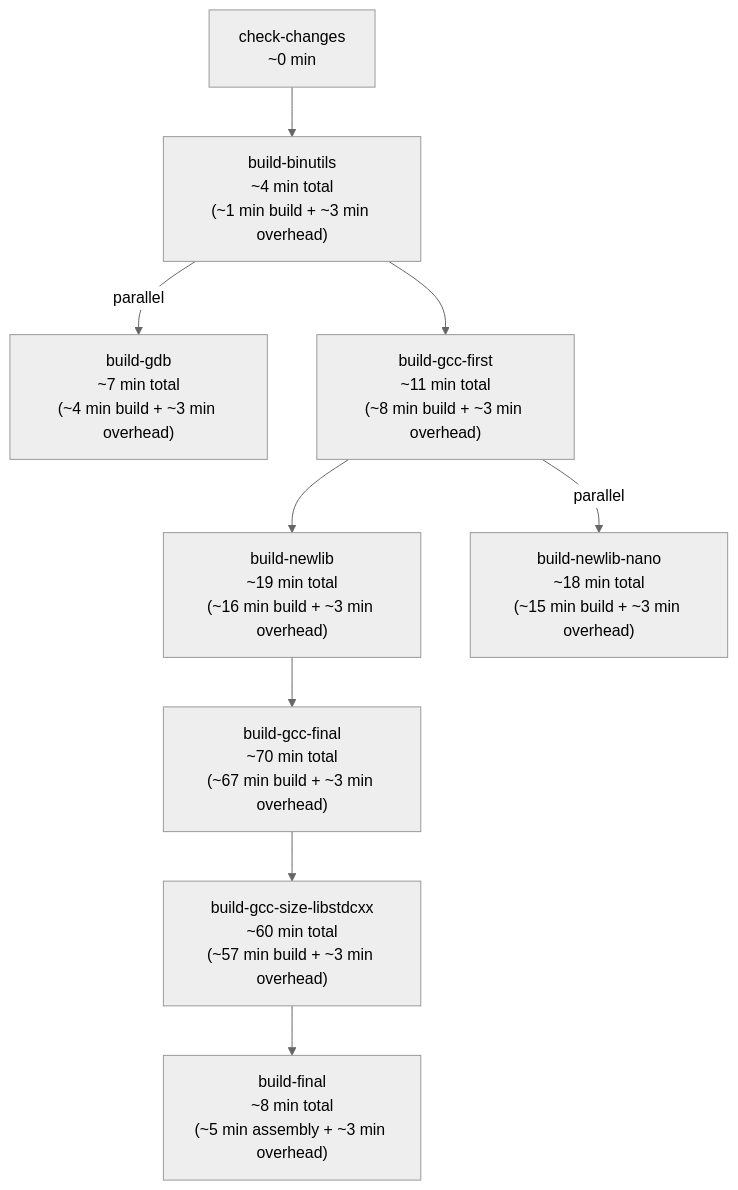
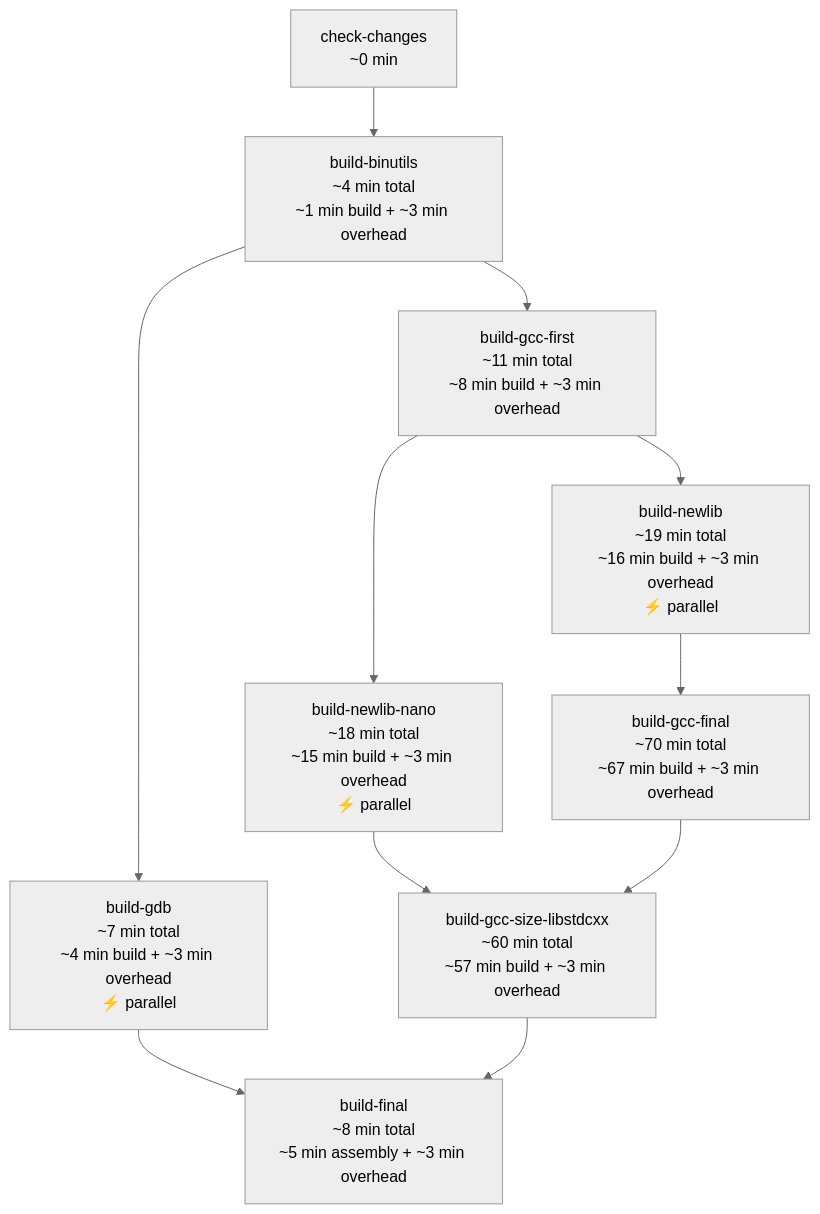
Before and after one commit to grahame-org/gnu-tools-for-stm32: the diagram in docs/build-times.md, drawn with Mermaid (neutral theme). The commit also changed other lines of this file, not shown here.

Commit message:
docs: update build-times.md with Mermaid diagram and latest timing data (#318)

````diff
--- a/docs/build-times.md
+++ b/docs/build-times.md
@@ -62,21 +71,14 @@
 ```mermaid
 flowchart TD
-    CC["check-changes<br>~0 min"]
-    BB["build-binutils<br>~4 min total<br>(~1 min build + ~3 min overhead)"]
-    GDB["build-gdb<br>~7 min total<br>(~4 min build + ~3 min overhead)"]
-    GF["build-gcc-first<br>~11 min total<br>(~8 min build + ~3 min overhead)"]
-    NL["build-newlib<br>~19 min total<br>(~16 min build + ~3 min overhead)"]
-    NLN["build-newlib-nano<br>~18 min total<br>(~15 min build + ~3 min overhead)"]
-    GFF["build-gcc-final<br>~70 min total<br>(~67 min build + ~3 min overhead)"]
-    GSSL["build-gcc-size-libstdcxx<br>~60 min total<br>(~57 min build + ~3 min overhead)"]
-    BF["build-final<br>~8 min total<br>(~5 min assembly + ~3 min overhead)"]
-
-    CC --> BB
-    BB -- "parallel" --> GDB
+    CC[check-changes<br/>~0 min] --> BB
+    BB[build-binutils<br/>~4 min total<br/>~1 min build + ~3 min overhead] --> GDB
     BB --> GF
-    GF --> NL
-    GF -- "parallel" --> NLN
-    NL --> GFF
-    GFF --> GSSL
-    GSSL --> BF
+    GDB[build-gdb<br/>~7 min total<br/>~4 min build + ~3 min overhead<br/>⚡ parallel] --> BF
+    GF[build-gcc-first<br/>~11 min total<br/>~8 min build + ~3 min overhead] --> NL
+    GF --> NLN
+    NL[build-newlib<br/>~19 min total<br/>~16 min build + ~3 min overhead<br/>⚡ parallel] --> GCCF
+    NLN[build-newlib-nano<br/>~18 min total<br/>~15 min build + ~3 min overhead<br/>⚡ parallel] --> GCCS
+    GCCF[build-gcc-final<br/>~70 min total<br/>~67 min build + ~3 min overhead] --> GCCS
+    GCCS[build-gcc-size-libstdcxx<br/>~60 min total<br/>~57 min build + ~3 min overhead] --> BF
+    BF[build-final<br/>~8 min total<br/>~5 min assembly + ~3 min overhead]
 ```
````
